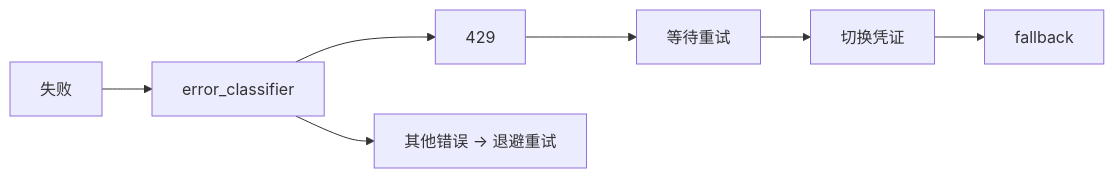
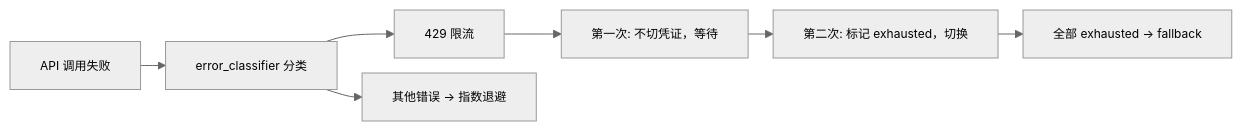
Before and after one commit to fang-lin/hermes-agent-code-analysis: the sixth of 9 diagrams in docs/zh/drafts/02-draft.md, drawn with Mermaid. The commit also changed other lines of this file and 1 other file, not shown here.

First line of the commit message:
第 02 章图表：添加 init 指令缩小字号 + 恢复信息量

````diff
--- a/docs/zh/drafts/02-draft.md
+++ b/docs/zh/drafts/02-draft.md
@@ -279,6 +284,10 @@
 ```mermaid
+%%{init: {"theme": "neutral", "themeVariables": {"fontSize": "12px"}, "flowchart": {"nodeSpacing": 15, "rankSpacing": 25}}}%%
 flowchart LR
-    API["失败"] --> CLS["error_classifier"]
-    CLS --> R429["429"] --> FIRST["等待重试"] --> SECOND["切换凭证"] --> ALLX["fallback"]
-    CLS --> OTHER["其他错误 → 退避重试"]
+    API["API 调用失败"] --> CLS["error_classifier 分类"]
+    CLS --> R429["429 限流"]
+    CLS --> OTHER["其他错误 → 指数退避"]
+    R429 --> FIRST["第一次: 不切凭证，等待"]
+    FIRST --> SECOND["第二次: 标记 exhausted，切换"]
+    SECOND --> ALLX["全部 exhausted → fallback"]
 ```
````
